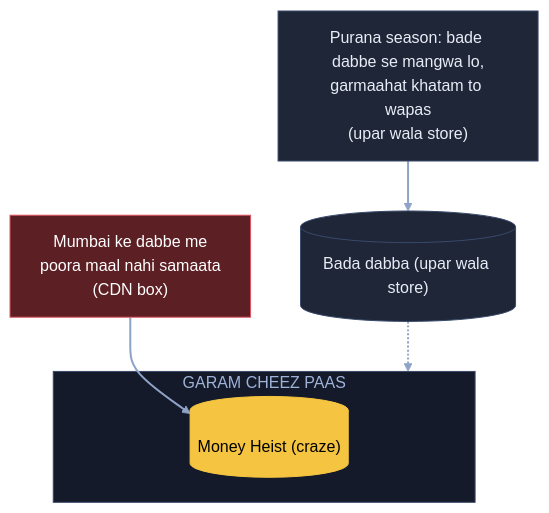
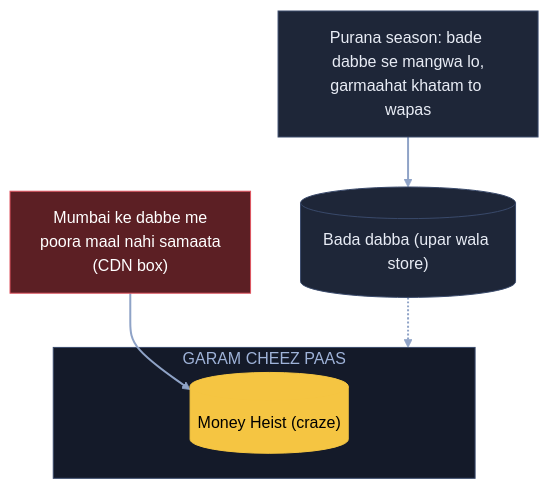
Before and after one commit to ArpanMaheshwari144/Prep: the third of 9 diagrams in 04_HLD/SYSTEM_DESIGNS/18_netflix/18_netflix.md, drawn with Mermaid (forest theme). The commit also changed other lines of this file and 20 other files, not shown here.

Commit message:
Diagram: sirf hand notes wale naam rahe (66 apne joda naam hataye); README 22-Nov tak update

````diff
--- a/04_HLD/SYSTEM_DESIGNS/18_netflix/18_netflix.md
+++ b/04_HLD/SYSTEM_DESIGNS/18_netflix/18_netflix.md
@@ -127,18 +127,18 @@
 ```mermaid
 flowchart TB
     X["Mumbai ke dabbe me<br/>poora maal nahi samaata<br/>(CDN box)"]:::bad
     subgraph GP["GARAM CHEEZ PAAS"]
         G[("Money Heist (craze)")]:::pill
     end
     BD[("Bada dabba (upar wala store)")]:::card
-    T["Purana season: bade dabbe se mangwa lo,<br/>garmaahat khatam to wapas<br/>(upar wala store)"]:::card
+    T["Purana season: bade dabbe se mangwa lo,<br/>garmaahat khatam to wapas"]:::card
     X --> G
     T --> BD
     BD -.-> GP
     linkStyle default stroke:#8fa3c7,stroke-width:2px
     classDef card fill:#1e2638,stroke:#3a4a6b,color:#e8ecf5
     classDef pill fill:#f5c542,stroke:#f5c542,color:#000
     classDef good fill:#2e7d4f,stroke:#3fbf6f,color:#fff
     classDef bad fill:#5c1f24,stroke:#e05561,color:#fff
     style GP fill:#141a29,stroke:#3a4a6b,color:#9fb3d9
 ```
````
